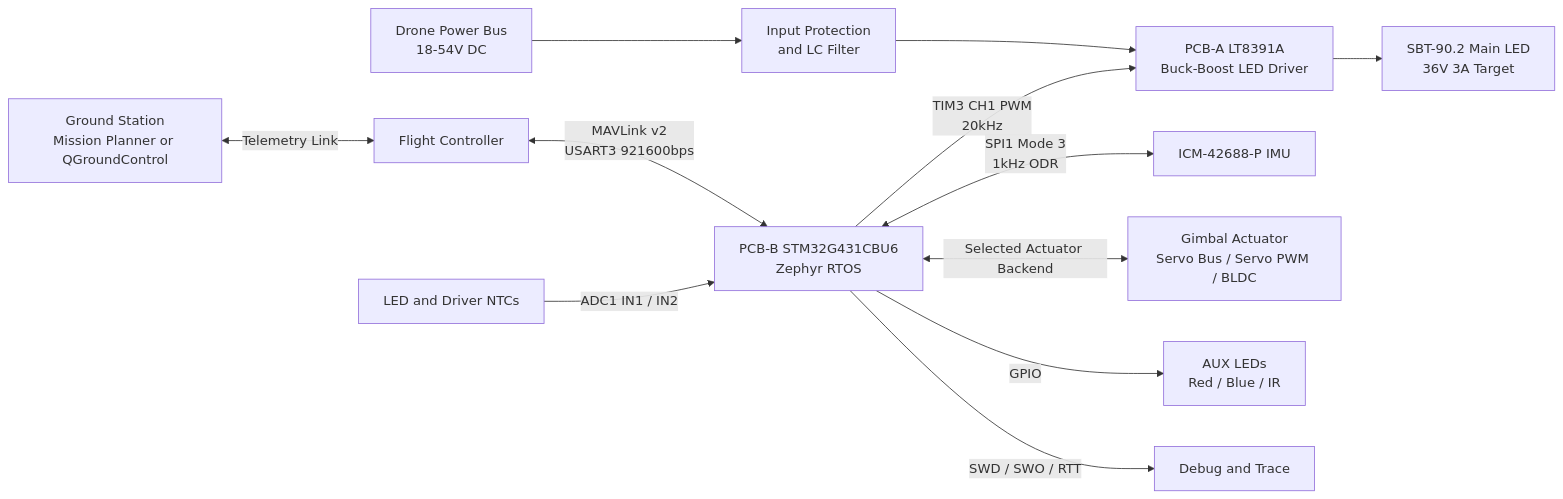
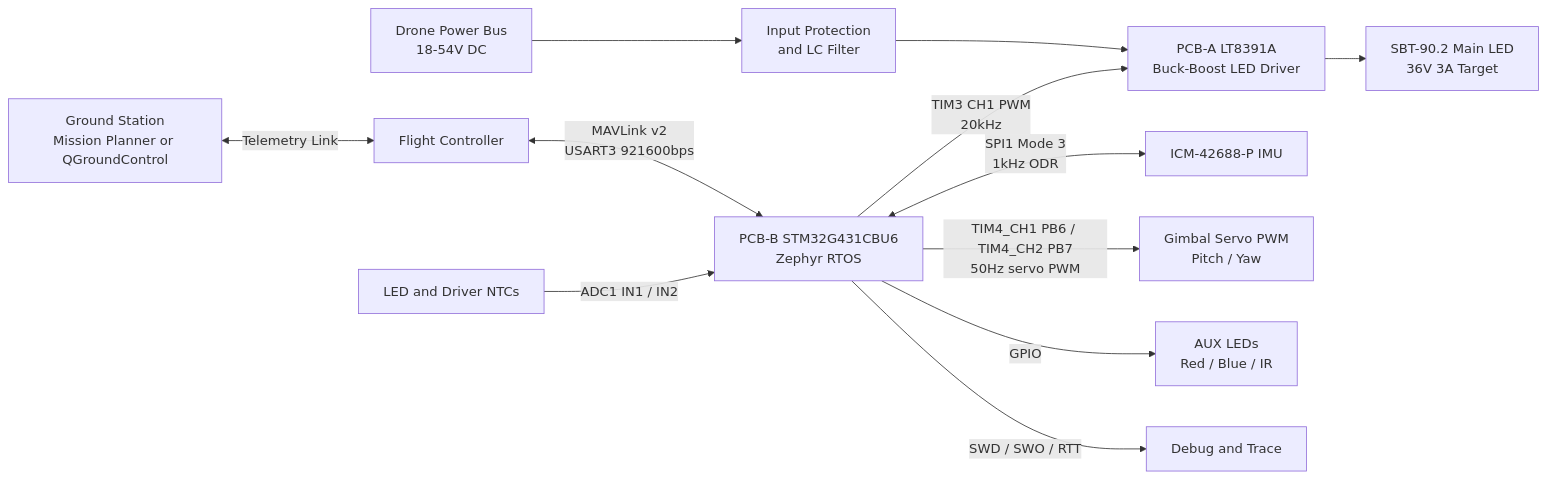
The diagram in architecture/system-overview.md (thule2510ddt/sgl200-workspace), drawn with Mermaid before and after one commit. The commit also changed 21 other files, not shown here.

Commit message:
Remove servo bus sources from Servo PWM branch

````diff
--- a/architecture/system-overview.md
+++ b/architecture/system-overview.md
@@ -5,16 +5,16 @@
 ```mermaid
 flowchart LR
     BUS[Drone Power Bus<br/>18-54V DC] --> PROTECT[Input Protection<br/>and LC Filter]
     PROTECT --> DRIVER[PCB-A LT8391A<br/>Buck-Boost LED Driver]
     DRIVER --> MAIN_LED[SBT-90.2 Main LED<br/>36V 3A Target]
 
     FC[Flight Controller] <-->|MAVLink v2<br/>USART3 921600bps| MCU[PCB-B STM32G431CBU6<br/>Zephyr RTOS]
     GCS[Ground Station<br/>Mission Planner or QGroundControl] <-->|Telemetry Link| FC
 
     MCU <-->|SPI1 Mode 3<br/>1kHz ODR| IMU[ICM-42688-P IMU]
-    MCU <-->|Selected Actuator Backend| ACTUATOR[Gimbal Actuator<br/>Servo Bus / Servo PWM / BLDC]
+    MCU -->|TIM4_CH1 PB6 / TIM4_CH2 PB7<br/>50Hz servo PWM| ACTUATOR[Gimbal Servo PWM<br/>Pitch / Yaw]
     MCU -->|TIM3 CH1 PWM<br/>20kHz| DRIVER
     THERMAL[LED and Driver NTCs] -->|ADC1 IN1 / IN2| MCU
     MCU -->|GPIO| AUX[AUX LEDs<br/>Red / Blue / IR]
     MCU -->|SWD / SWO / RTT| DEBUG[Debug and Trace]
 ```
````
